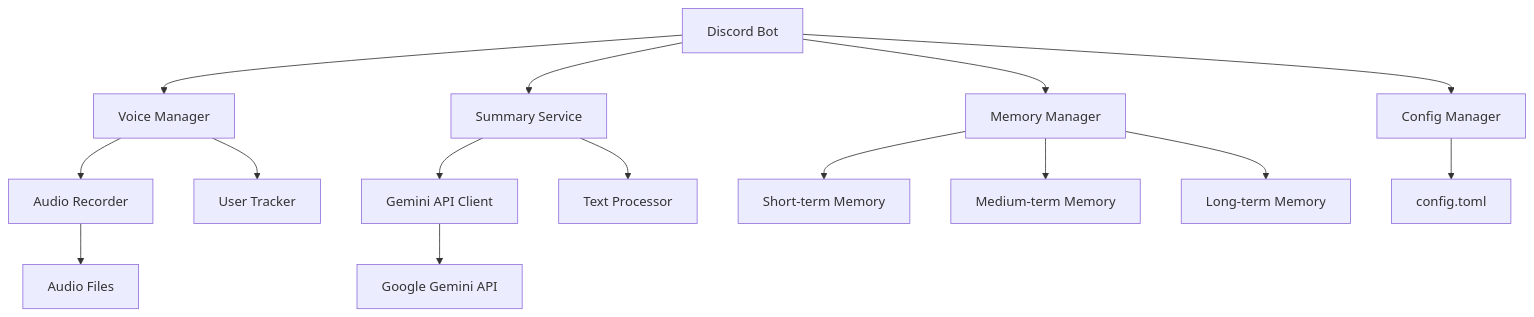
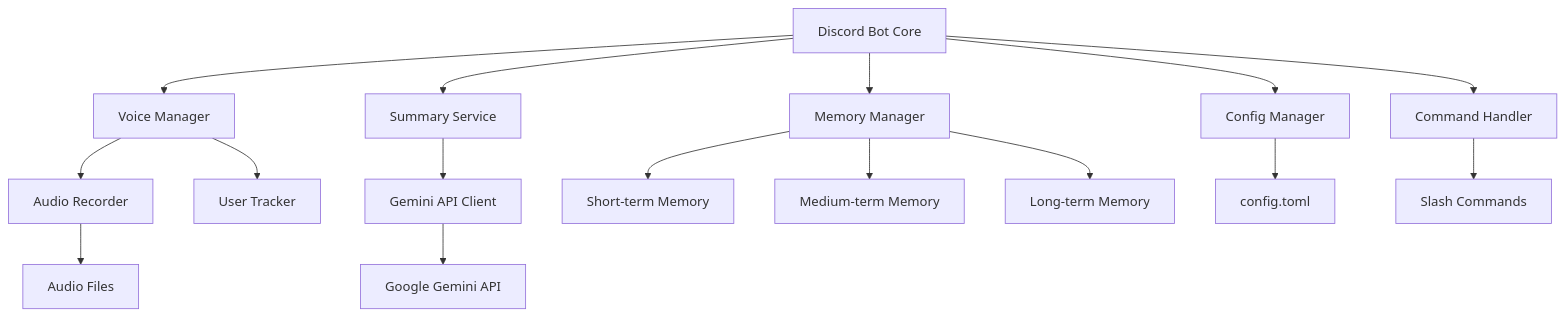
Before and after one commit to Kamesuta/discord-gemini-vc-summary: the diagram in .kiro/specs/discord-voice-summarizer/design.md, drawn with Mermaid. The commit also changed other lines of this file, not shown here.

Commit message:
update: discord.jsテンプレートに応じて設計修正

````diff
--- a/.kiro/specs/discord-voice-summarizer/design.md
+++ b/.kiro/specs/discord-voice-summarizer/design.md
@@ -11,21 +11,22 @@
 ```mermaid
 graph TB
-    A[Discord Bot] --> B[Voice Manager]
+    A[Discord Bot Core] --> B[Voice Manager]
     A --> C[Config Manager]
     A --> D[Memory Manager]
     A --> E[Summary Service]
+    A --> F[Command Handler]
     
-    B --> F[Audio Recorder]
-    B --> G[User Tracker]
+    B --> G[Audio Recorder]
+    B --> H[User Tracker]
     
-    E --> H[Gemini API Client]
-    E --> I[Text Processor]
+    E --> I[Gemini API Client]
     
     D --> J[Short-term Memory]
     D --> K[Medium-term Memory]
     D --> L[Long-term Memory]
     
     C --> M[config.toml]
-    F --> N[Audio Files]
-    H --> O[Google Gemini API]
+    G --> N[Audio Files]
+    I --> O[Google Gemini API]
+    F --> P[Slash Commands]
 ```
````
